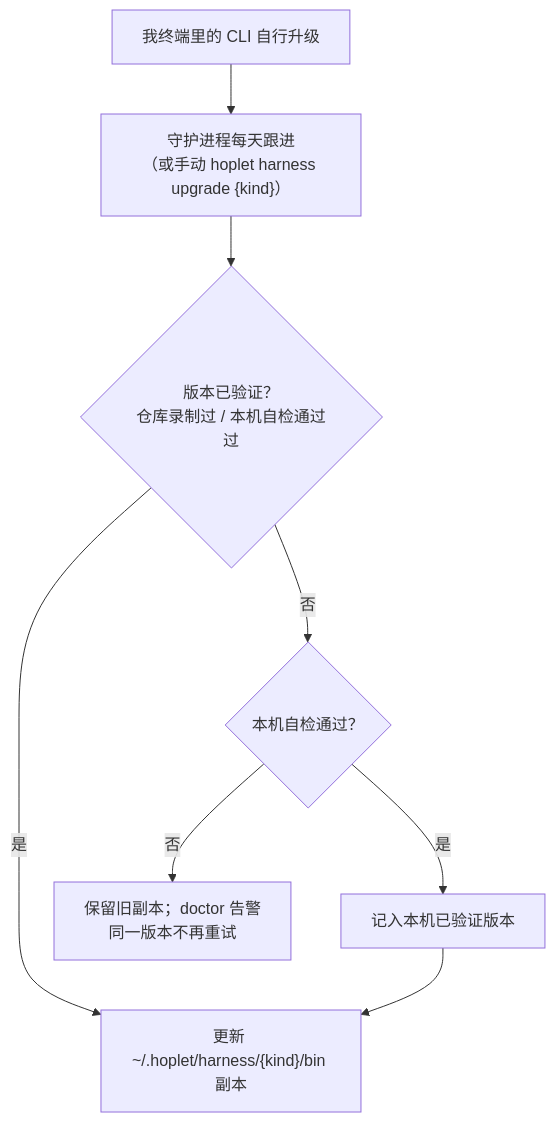
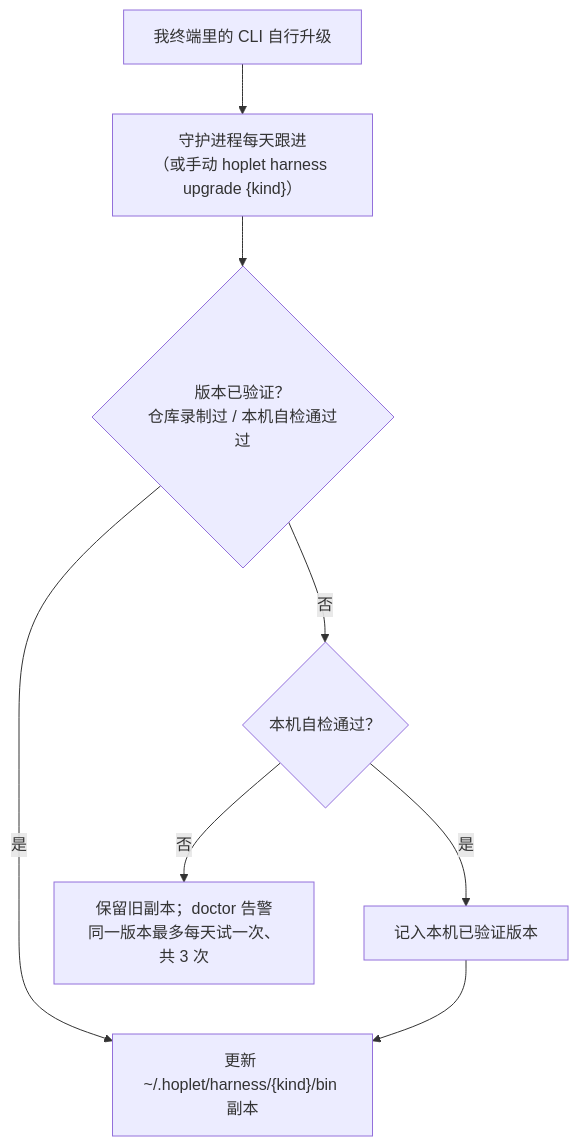
One commit to yangflow/hoplet changed the second of 2 diagrams in docs/design/0013-testing-release.md. Above: the diagram before and after it, drawn with Mermaid. The commit also changed other lines of this file, not shown here.

````diff
--- a/docs/design/0013-testing-release.md
+++ b/docs/design/0013-testing-release.md
@@ -55,9 +55,9 @@
 ```mermaid
 flowchart TB
     U["我终端里的 CLI 自行升级"] --> F["守护进程每天跟进<br/>（或手动 hoplet harness upgrade {kind}）"]
     F --> K{"版本已验证？<br/>仓库录制过 / 本机自检通过过"}
     K -- 是 --> Up["更新 ~/.hoplet/harness/{kind}/bin 副本"]
     K -- 否 --> C{"本机自检通过？"}
     C -- 是 --> M["记入本机已验证版本"] --> Up
-    C -- 否 --> Stay["保留旧副本；doctor 告警<br/>同一版本不再重试"]
+    C -- 否 --> Stay["保留旧副本；doctor 告警<br/>同一版本最多每天试一次、共 3 次"]
 ```
````
